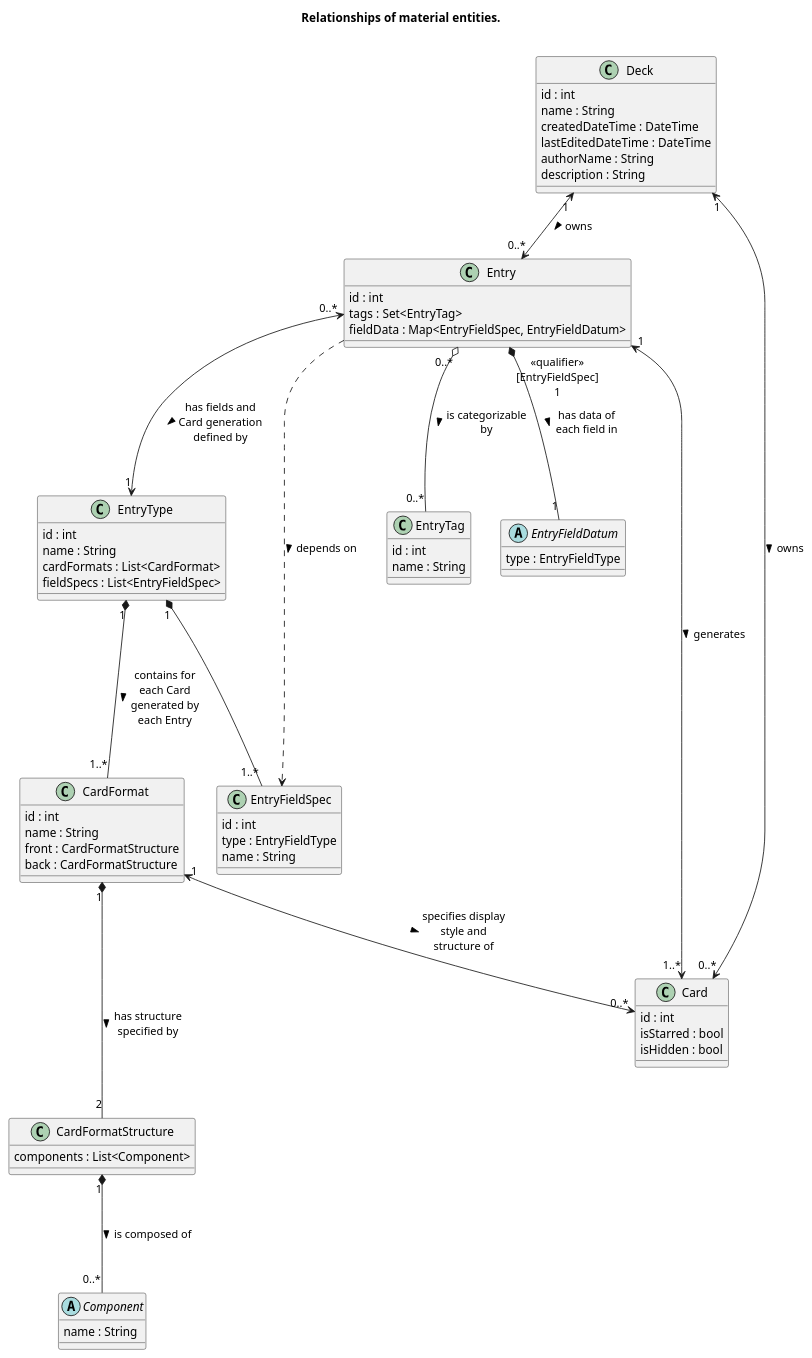
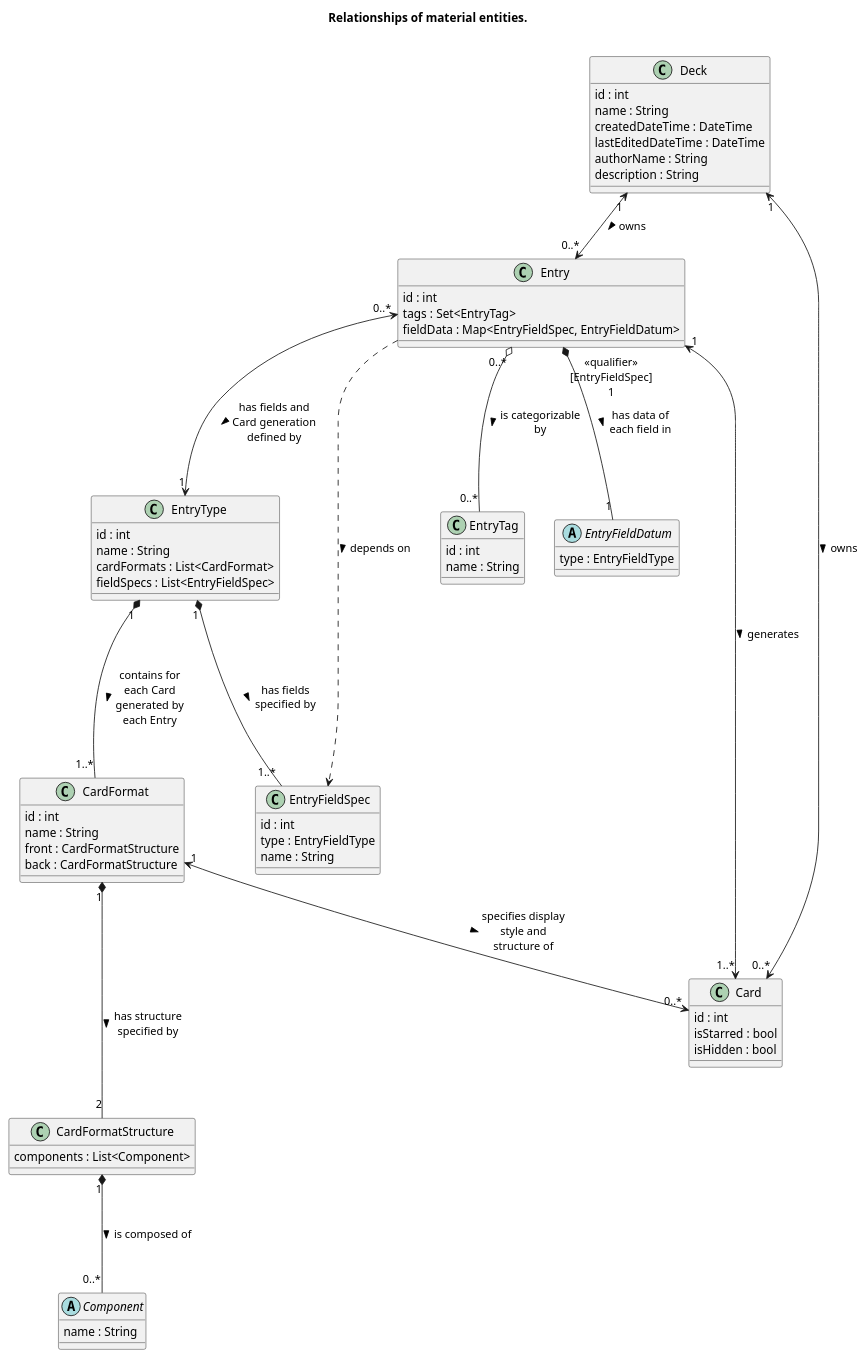
The diagram in puml/material_entities.puml (cervonwong/sona-flutter), drawn with PlantUML before and after one commit.

Commit message:
Docs(puml): Annotate arrow between EntryType and EntryFieldSpec

```diff
--- a/puml/material_entities.puml
+++ b/puml/material_entities.puml
@@ -1,72 +1,72 @@
 @startuml
 
 skinparam maxMessageSize 100
 skinparam shadowing false
 
 title Relationships of material entities.\n
 
 class Card {
 	id : int
 	isStarred : bool
 	isHidden : bool
 }
 class Entry {
 	id : int
 	tags : Set<EntryTag>
 	fieldData : Map<EntryFieldSpec, EntryFieldDatum>
 }
 class Deck {
 	id : int
 	name : String
 	createdDateTime : DateTime
 	lastEditedDateTime : DateTime
 	authorName : String
 	description : String
 }
 
 Deck "1" <--> "0..*" Entry : owns >
 Entry "1" <--> "1..*" Card : generates >
 Deck "1" <--> "0..*" Card : owns >
 
 class EntryTag {
 	id : int
 	name : String
 }
 abstract class EntryFieldDatum {
 	type : EntryFieldType
 }
 class EntryType {
 	id : int
 	name : String
 	cardFormats : List<CardFormat>
 	fieldSpecs : List<EntryFieldSpec>
 }
 class EntryFieldSpec {
 	id : int
 	type : EntryFieldType
 	name : String
 }
 class CardFormat {
 	id : int
 	name : String
 	front : CardFormatStructure
 	back : CardFormatStructure
 }
 class CardFormatStructure {
 	components : List<Component>
 }
 abstract class Component {
 	name : String
 }
 
 Entry "0..*" o--- "0..*" EntryTag : is categorizable by >
 Entry "<<qualifier>>\n[EntryFieldSpec]\n1" *--- "1" EntryFieldDatum : has data of each field in >
 Entry ..> EntryFieldSpec : depends on >
 Entry "0..*" <---> "1" EntryType : has fields and Card generation defined by >
 EntryType "1" *--- "1..*" CardFormat : contains for each Card generated by each Entry >
 CardFormat "1" <--> "0..*" Card : specifies display style and structure of >
-EntryType "1" *--- "1..*" EntryFieldSpec
+EntryType "1" *--- "1..*" EntryFieldSpec : has fields specified by >
 CardFormat "1" *--- "2" CardFormatStructure : has structure specified by >
 CardFormatStructure "1" *--- "0..*" Component : is composed of >
 
 @enduml
```
